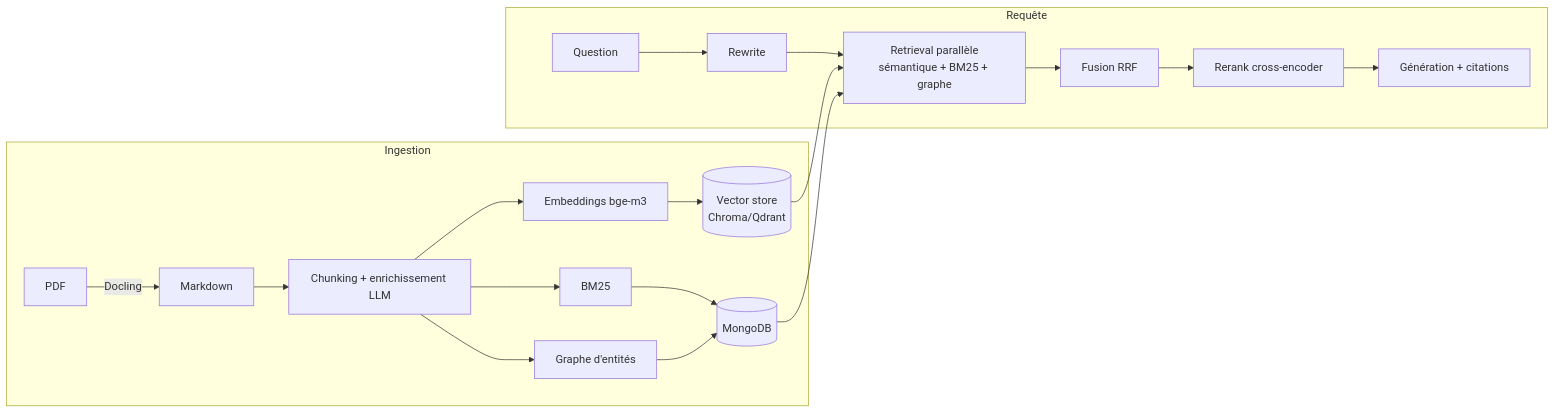
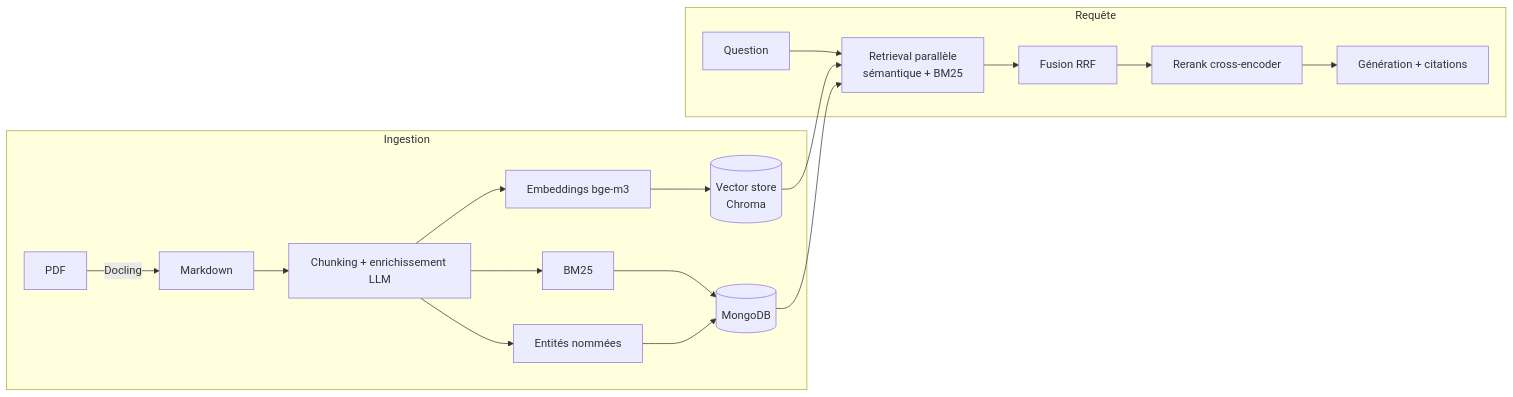
One commit to laurykb/ai_for_requirements changed the diagram in README.md. Above: the diagram before and after it, drawn with Mermaid. The commit also changed other lines of this file and 51 other files, not shown here.

````diff
--- a/README.md
+++ b/README.md
@@ -94,18 +117,18 @@
 ```mermaid
 flowchart LR
   subgraph Ingestion
     A[PDF] -->|Docling| B[Markdown] --> C[Chunking + enrichissement LLM]
     C --> D[Embeddings bge-m3]
     C --> E[BM25]
-    C --> F[Graphe d'entités]
-    D --> G[(Vector store<br/>Chroma/Qdrant)]
+    C --> F[Entités nommées]
+    D --> G[(Vector store<br/>Chroma)]
     E --> H[(MongoDB)]
     F --> H
   end
   subgraph Requête
-    Q[Question] --> R[Rewrite] --> S[Retrieval parallèle<br/>sémantique + BM25 + graphe]
+    Q[Question] --> S[Retrieval parallèle<br/>sémantique + BM25]
     G --> S
     H --> S
     S --> T[Fusion RRF] --> U[Rerank cross-encoder] --> V[Génération + citations]
   end
 ```
````
